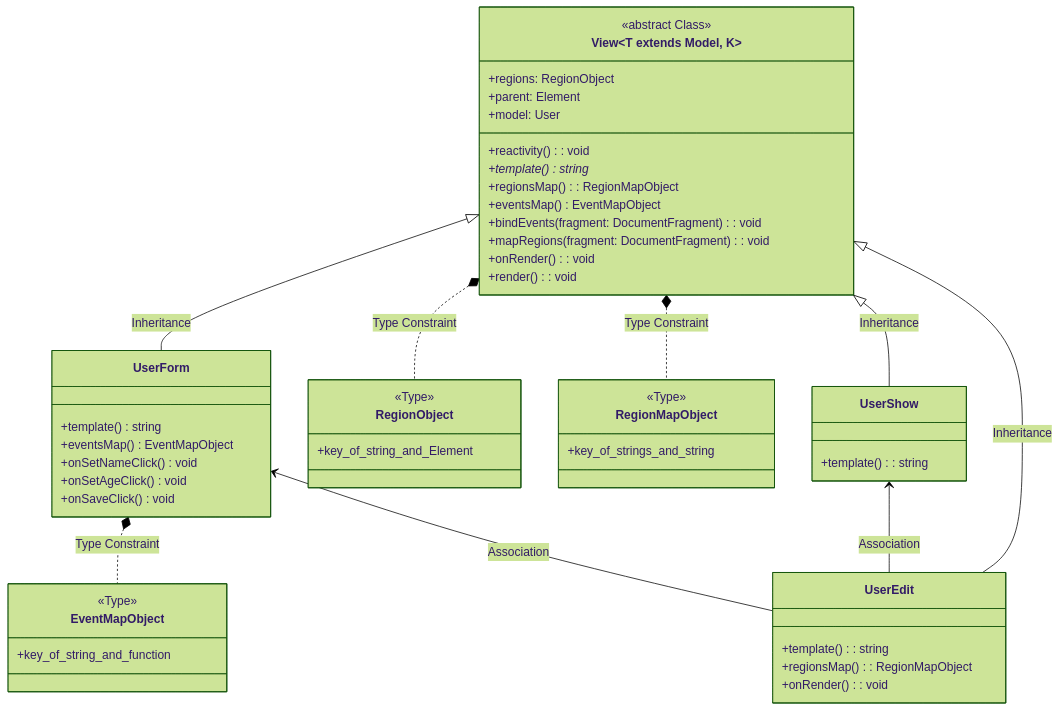
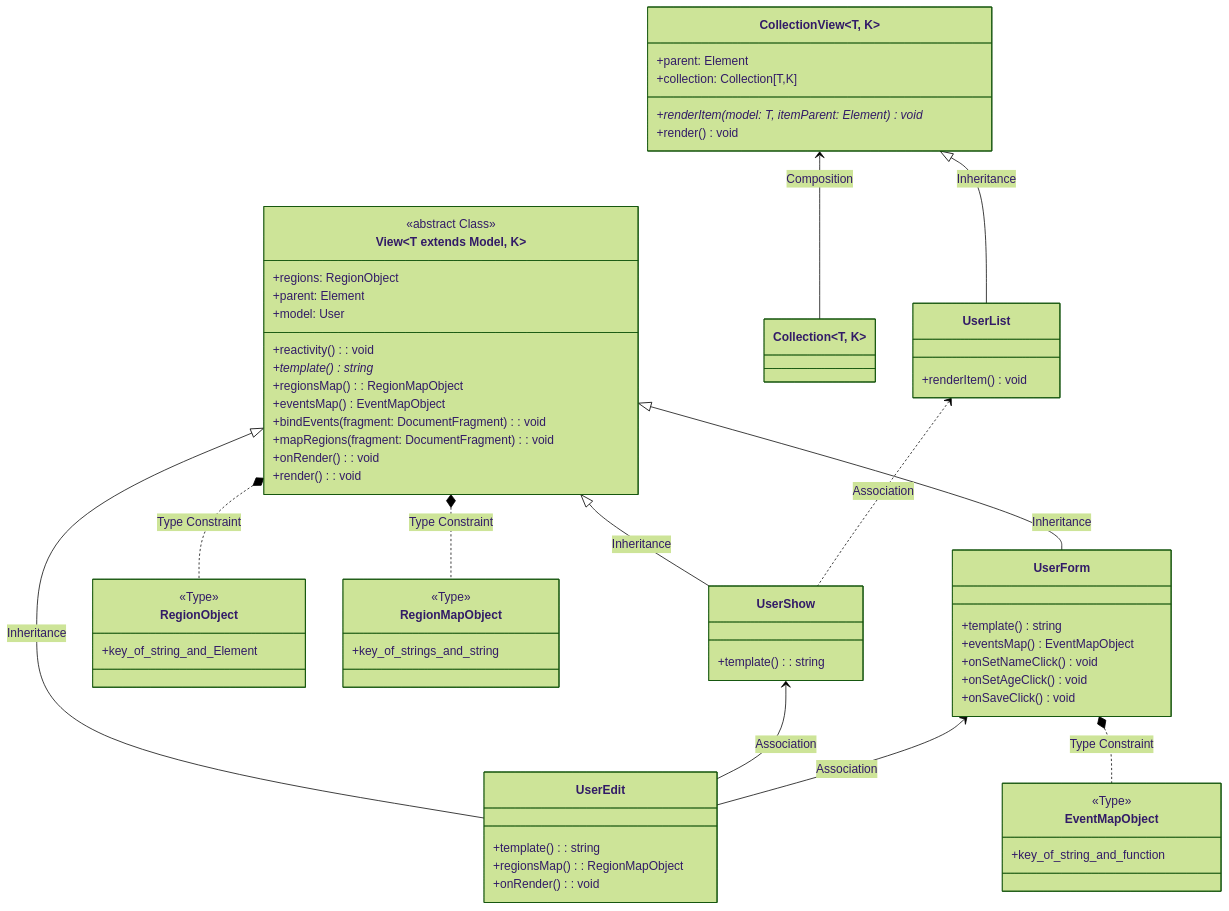
Before and after one commit to frzhen/typescript-web-framework: the third of 3 diagrams in README.md, drawn with Mermaid (forest theme). The commit also changed 1 other file, not shown here.

Commit message:
Updated README.md with CollectionView and UserList

````diff
--- a/README.md
+++ b/README.md
@@ -204,52 +204,64 @@
 ```mermaid
    classDiagram
    class View~T extends Model, K~ {
    <<abstract Class>>
    +regions: RegionObject
    +parent: Element
    +model: User
    +reactivity(): void
    +template()* string
    +regionsMap(): RegionMapObject
    +eventsMap() EventMapObject
    +bindEvents(fragment: DocumentFragment): void
    +mapRegions(fragment: DocumentFragment): void
    +onRender(): void
    +render(): void
    }
    View <|-- UserForm: Inheritance
    class UserForm{
    +template() string
    +eventsMap() EventMapObject
    +onSetNameClick() void
    +onSetAgeClick() void
    +onSaveClick() void
    }
    class EventMapObject {
    <<Type>>
    +key_of_string_and_function
    }
    UserForm *.. EventMapObject: Type Constraint
    class RegionObject {
    <<Type>>
    +key_of_string_and_Element
    }
    View *.. RegionObject: Type Constraint
    class RegionMapObject {
    <<Type>>
    +key_of_strings_and_string
    }
    View *.. RegionMapObject: Type Constraint
    class UserShow {
    +template(): string
    }
    View <|-- UserShow: Inheritance
    class UserEdit {
    +template(): string
    +regionsMap(): RegionMapObject
    +onRender(): void
    }
    View <|-- UserEdit: Inheritance
    UserShow <-- UserEdit: Association
    UserForm <-- UserEdit: Association
+   class CollectionView~T, K~{
+   +parent: Element
+   +collection: Collection[T,K]
+   +renderItem(model: T, itemParent: Element)* void
+   +render() void
+   }
+   CollectionView <-- Collection~T, K~: Composition
+   class UserList {
+   +renderItem() void
+   }
+   UserList <.. UserShow: Association
+   CollectionView~T, K~ <|-- UserList: Inheritance
 ```
````
